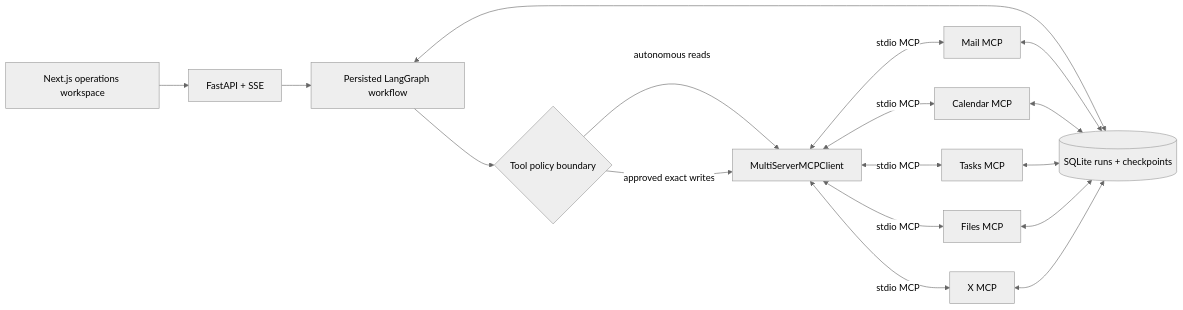
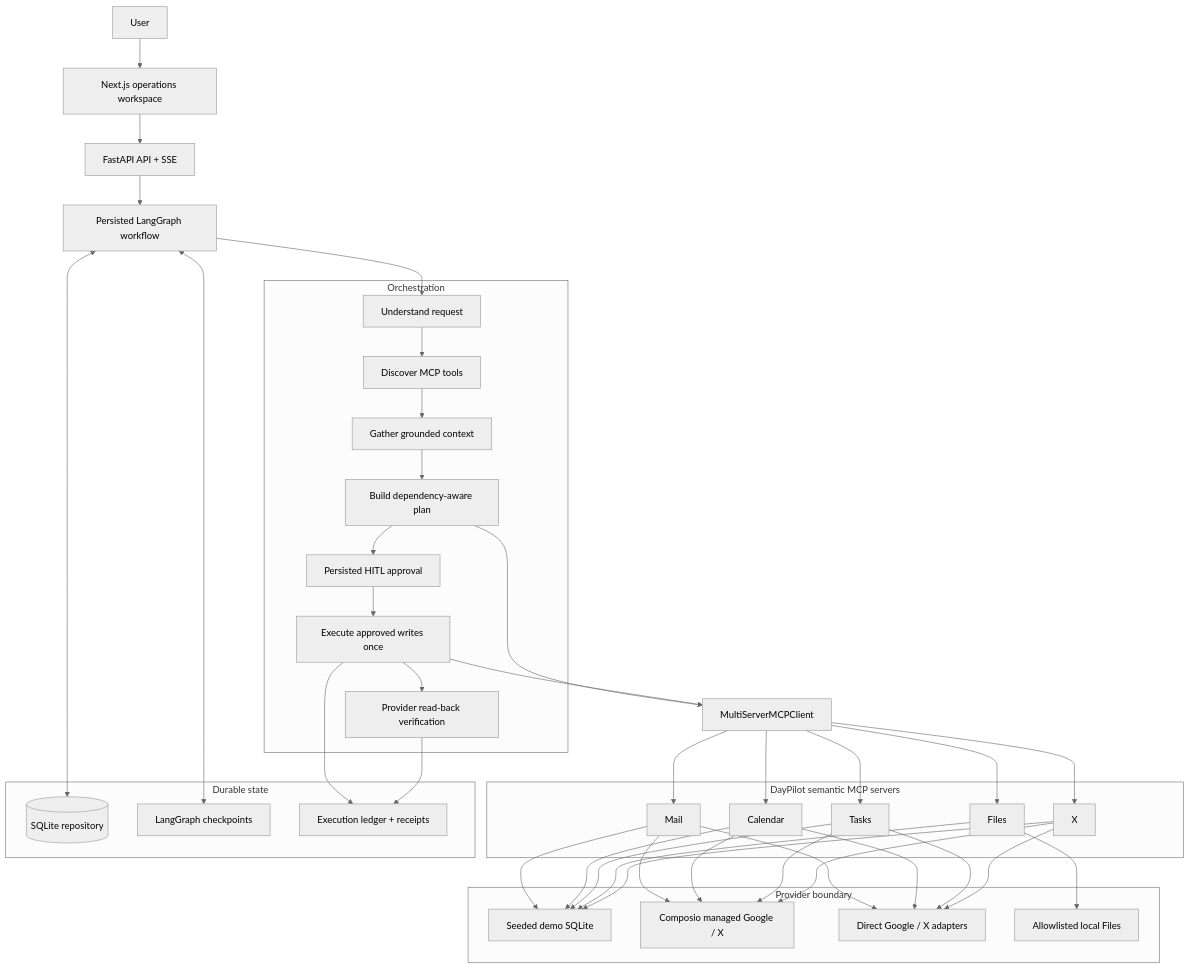
Before and after one commit to dumpydon/daypilot: the first of 2 diagrams in README.md, drawn with Mermaid (neutral theme). The commit also changed other lines of this file and 74 other files, not shown here.

Commit message:
Finalize DayPilot V2

````diff
--- a/README.md
+++ b/README.md
@@ -9,15 +32,65 @@
 ```mermaid
-flowchart LR
-    UI[Next.js operations workspace] --> API[FastAPI + SSE]
+flowchart TB
+    User[User] --> UI[Next.js operations workspace]
+    UI --> API[FastAPI API + SSE]
     API --> Graph[Persisted LangGraph workflow]
-    Graph --> Policy{Tool policy boundary}
-    Policy -->|autonomous reads| Client[MultiServerMCPClient]
-    Policy -->|approved exact writes| Client
-    Client <-->|stdio MCP| Mail[Mail MCP]
-    Client <-->|stdio MCP| Calendar[Calendar MCP]
-    Client <-->|stdio MCP| Tasks[Tasks MCP]
-    Client <-->|stdio MCP| Files[Files MCP]
-    Client <-->|stdio MCP| X[X MCP]
-    Graph <--> SQLite[(SQLite runs + checkpoints)]
-    Mail & Calendar & Tasks & Files & X <--> SQLite
+
+    subgraph orchestration[Orchestration]
+        Intent[Understand request]
+        Discover[Discover MCP tools]
+        Gather[Gather grounded context]
+        Plan[Build dependency-aware plan]
+        Gate[Persisted HITL approval]
+        Execute[Execute approved writes once]
+        Verify[Provider read-back verification]
+        Intent --> Discover --> Gather --> Plan --> Gate --> Execute --> Verify
+    end
+    Graph --> Intent
+
+    Plan --> MCP[MultiServerMCPClient]
+    Execute --> MCP
+
+    subgraph semantic[DayPilot semantic MCP servers]
+        Mail[Mail]
+        Calendar[Calendar]
+        Tasks[Tasks]
+        Files[Files]
+        X[X]
+    end
+    MCP --> Mail
+    MCP --> Calendar
+    MCP --> Tasks
+    MCP --> Files
+    MCP --> X
+
+    subgraph providers[Provider boundary]
+        Demo[Seeded demo SQLite]
+        Managed[Composio managed Google / X]
+        Direct[Direct Google / X adapters]
+        Local[Allowlisted local Files]
+    end
+    Mail --> Demo
+    Calendar --> Demo
+    Tasks --> Demo
+    Files --> Demo
+    X --> Demo
+    Mail --> Managed
+    Calendar --> Managed
+    Tasks --> Managed
+    X --> Managed
+    Mail --> Direct
+    Calendar --> Direct
+    Tasks --> Direct
+    X --> Direct
+    Files --> Local
+
+    subgraph persistence[Durable state]
+        SQLite[(SQLite repository)]
+        Checkpoints[LangGraph checkpoints]
+        Ledger[Execution ledger + receipts]
+    end
+    Graph <--> SQLite
+    Graph <--> Checkpoints
+    Execute --> Ledger
+    Verify --> Ledger
 ```
````
